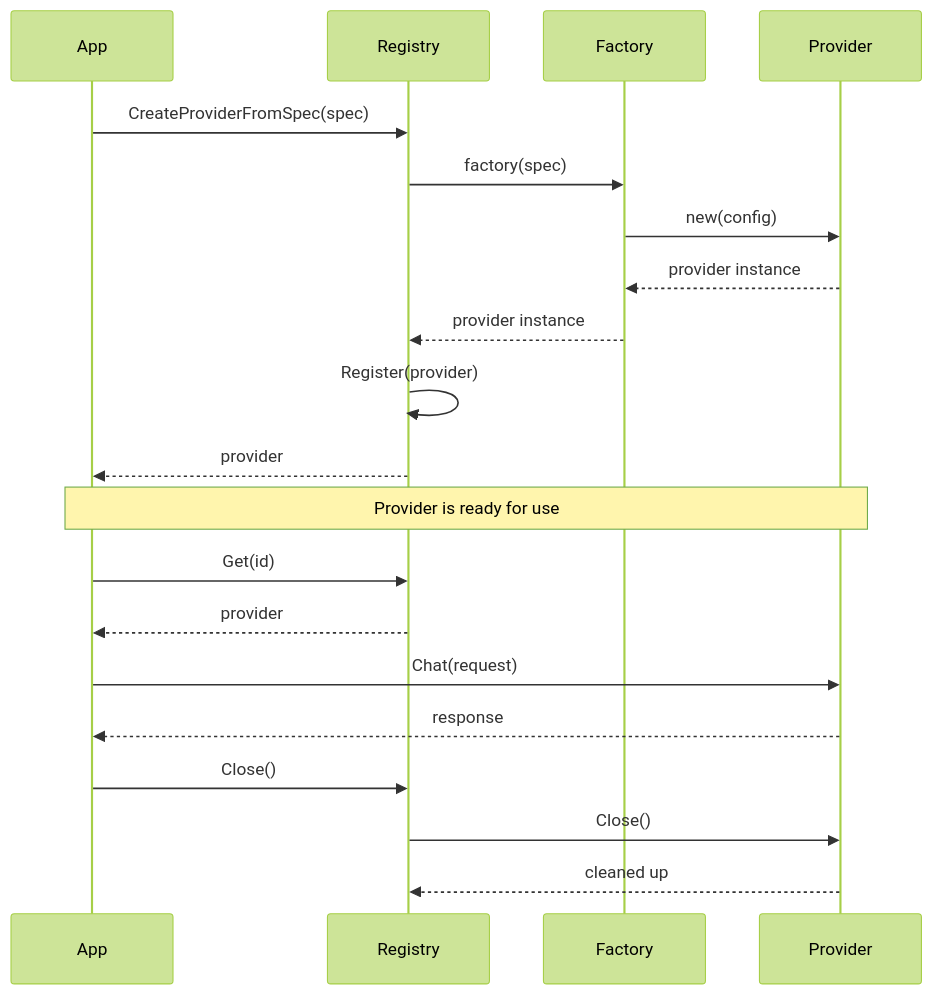
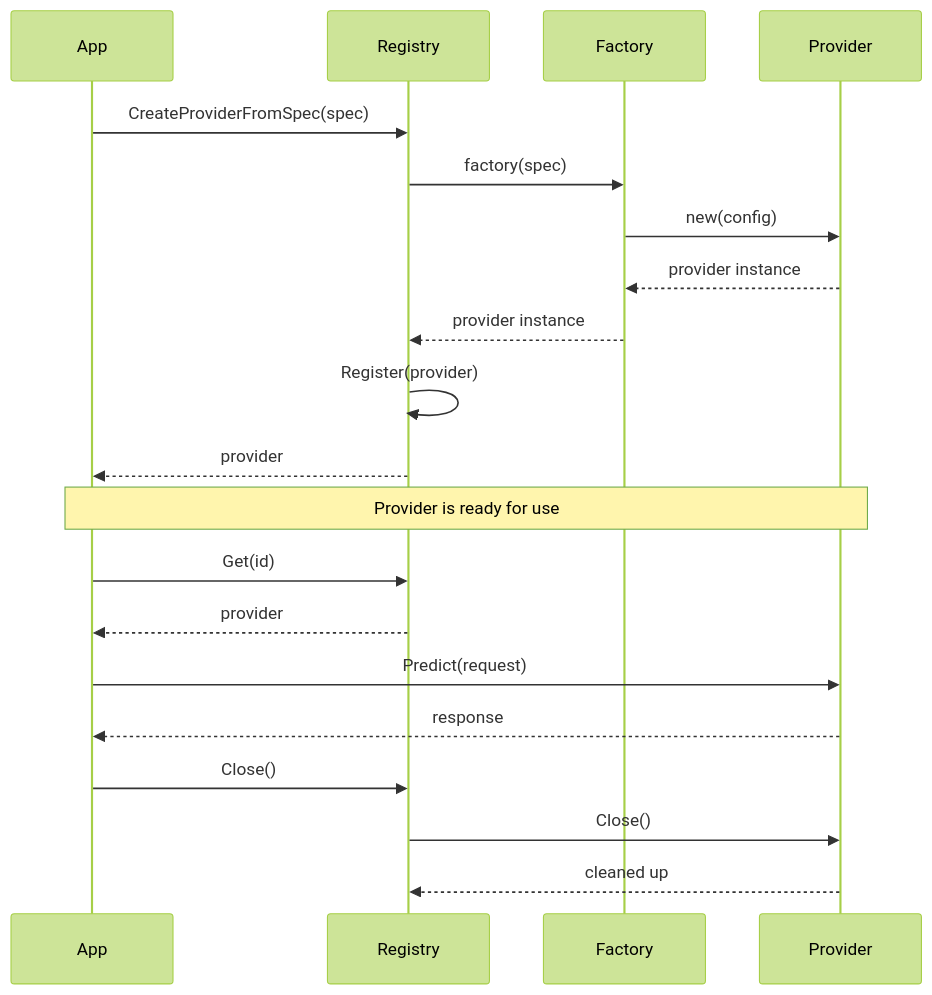
The third of 9 diagrams in docs/src/content/docs/architecture/runtime-providers.md (AltairaLabs/PromptKit), drawn with Mermaid (forest theme) before and after one commit. The commit also changed other lines of this file and 83 other files, not shown here.

````diff
--- a/docs/src/content/docs/architecture/runtime-providers.md
+++ b/docs/src/content/docs/architecture/runtime-providers.md
@@ -234,27 +246,27 @@
 ```mermaid
 sequenceDiagram
     participant App
     participant Registry
     participant Factory
     participant Provider
 
     App->>Registry: CreateProviderFromSpec(spec)
     Registry->>Factory: factory(spec)
     Factory->>Provider: new(config)
     Provider-->>Factory: provider instance
     Factory-->>Registry: provider instance
     Registry->>Registry: Register(provider)
     Registry-->>App: provider
 
     Note over App,Provider: Provider is ready for use
 
     App->>Registry: Get(id)
     Registry-->>App: provider
 
-    App->>Provider: Chat(request)
+    App->>Provider: Predict(request)
     Provider-->>App: response
 
     App->>Registry: Close()
     Registry->>Provider: Close()
     Provider-->>Registry: cleaned up
 ```
````
